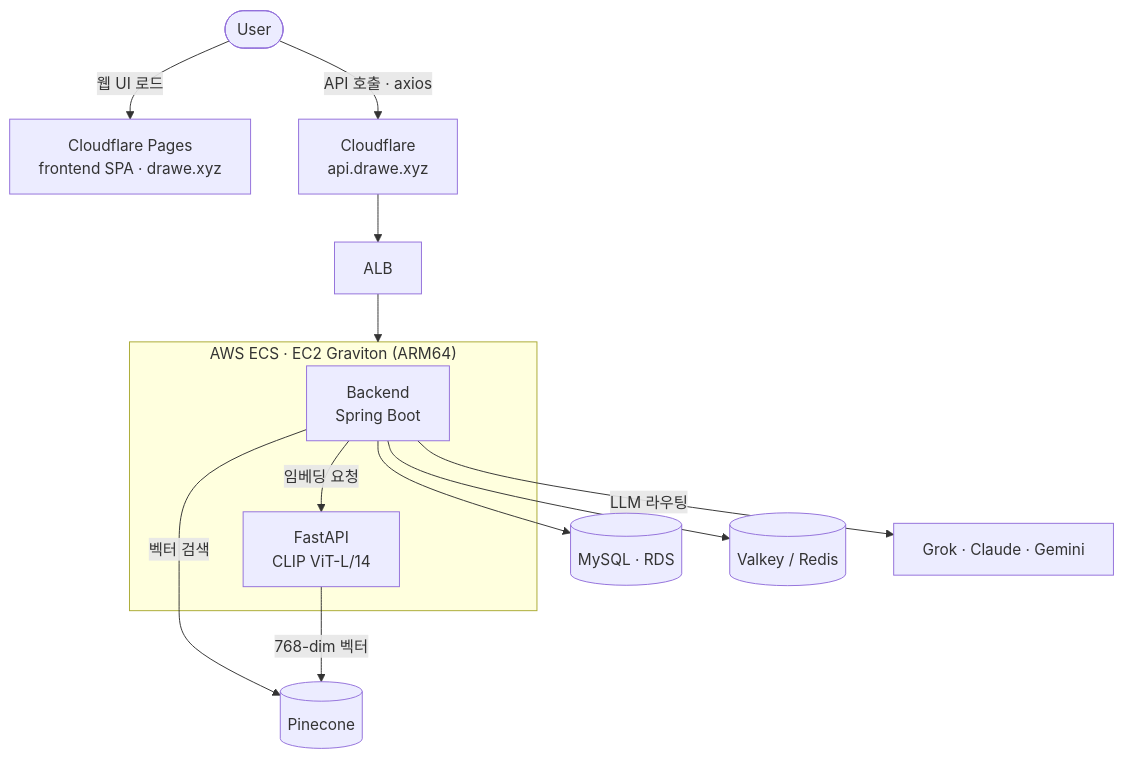
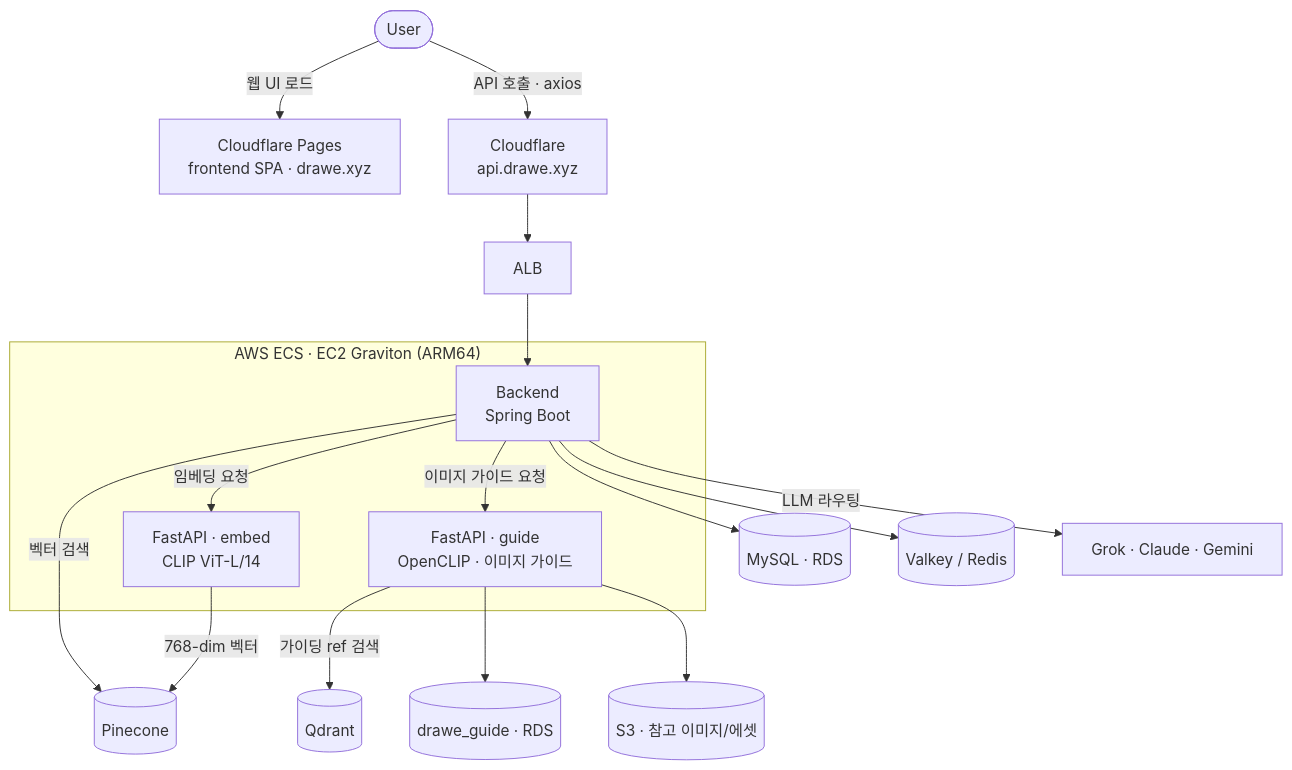
Before and after one commit to DraWeTeam/drawe: the second of 2 diagrams in README.md, drawn with Mermaid. The commit also changed other lines of this file and 4 other files, not shown here.

````diff
--- a/README.md
+++ b/README.md
@@ -33,19 +69,24 @@
 ```mermaid
 flowchart TD
   U([User]) -->|웹 UI 로드| CF[Cloudflare Pages<br/>frontend SPA · drawe.xyz]
   U -->|API 호출 · axios| CFP[Cloudflare<br/>api.drawe.xyz]
   CFP --> ALB[ALB]
-  ALB --> ECS
+  ALB --> BE
 
   subgraph ECS["AWS ECS · EC2 Graviton (ARM64)"]
     BE[Backend<br/>Spring Boot]
-    FA[FastAPI<br/>CLIP ViT-L/14]
+    FA[FastAPI · embed<br/>CLIP ViT-L/14]
+    GA[FastAPI · guide<br/>OpenCLIP · 이미지 가이드]
   end
 
   BE --> DB[(MySQL · RDS)]
   BE --> RC[(Valkey / Redis)]
   BE -->|임베딩 요청| FA
+  BE -->|이미지 가이드 요청| GA
   BE -->|벡터 검색| PC[(Pinecone)]
   BE -->|LLM 라우팅| LLM[Grok · Claude · Gemini]
   FA -->|768-dim 벡터| PC
+  GA -->|가이딩 ref 검색| QD[(Qdrant)]
+  GA --> GDB[(drawe_guide · RDS)]
+  GA --> S3[(S3 · 참고 이미지/에셋)]
 ```
````
